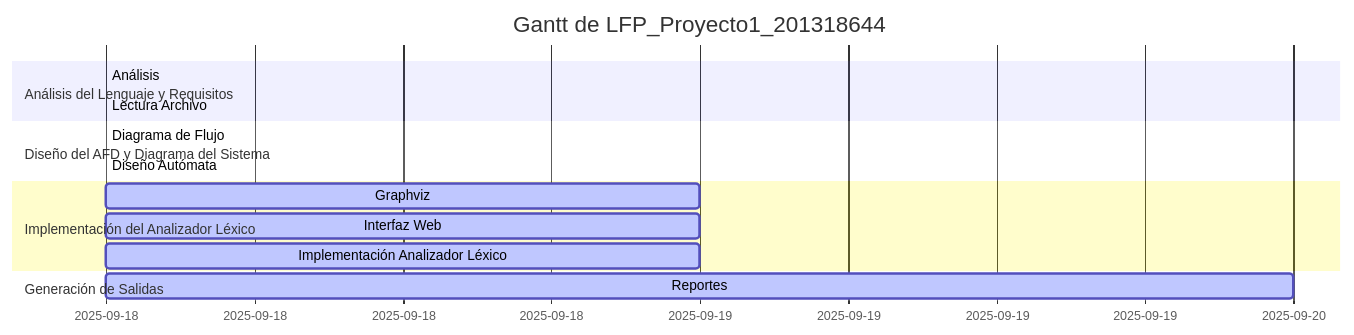
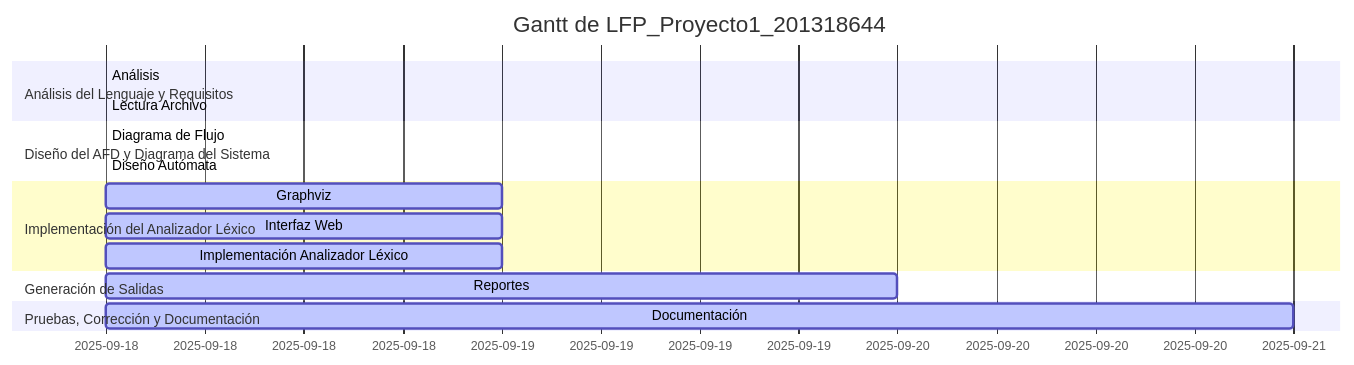
The diagram in docs/gantt.md (MynorCifuentes/TourneyJS), drawn with Mermaid before and after one commit.

Commit message:
Actualiza diagrama de Gantt automático

````diff
--- a/docs/gantt.md
+++ b/docs/gantt.md
@@ -1,19 +1,20 @@
 ```mermaid
 gantt
     dateFormat  YYYY-MM-DD
     title Gantt de LFP_Proyecto1_201318644
     excludes    weekends
     section Análisis del Lenguaje y Requisitos
     Análisis :active, 2, 2025-09-18, 2025-09-18
     Lectura Archivo :active, 1, 2025-09-18, 2025-09-18
     section Diseño del AFD y Diagrama del Sistema
     Diagrama de Flujo :active, 4, 2025-09-18, 2025-09-18
     Diseño Autómata :active, 3, 2025-09-18, 2025-09-18
     section Implementación del Analizador Léxico
     Graphviz :active, 7, 2025-09-18, 2025-09-19
     Interfaz Web :active, 6, 2025-09-18, 2025-09-19
     Implementación Analizador Léxico :active, 5, 2025-09-18, 2025-09-19
     section Generación de Salidas
     Reportes :active, 8, 2025-09-18, 2025-09-20
     section Pruebas, Corrección y Documentación
+    Documentación :active, 9, 2025-09-18, 2025-09-21
 ```
````
